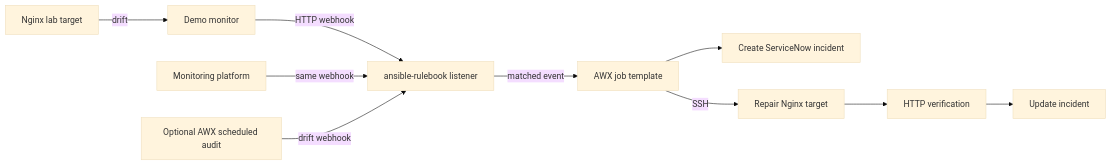
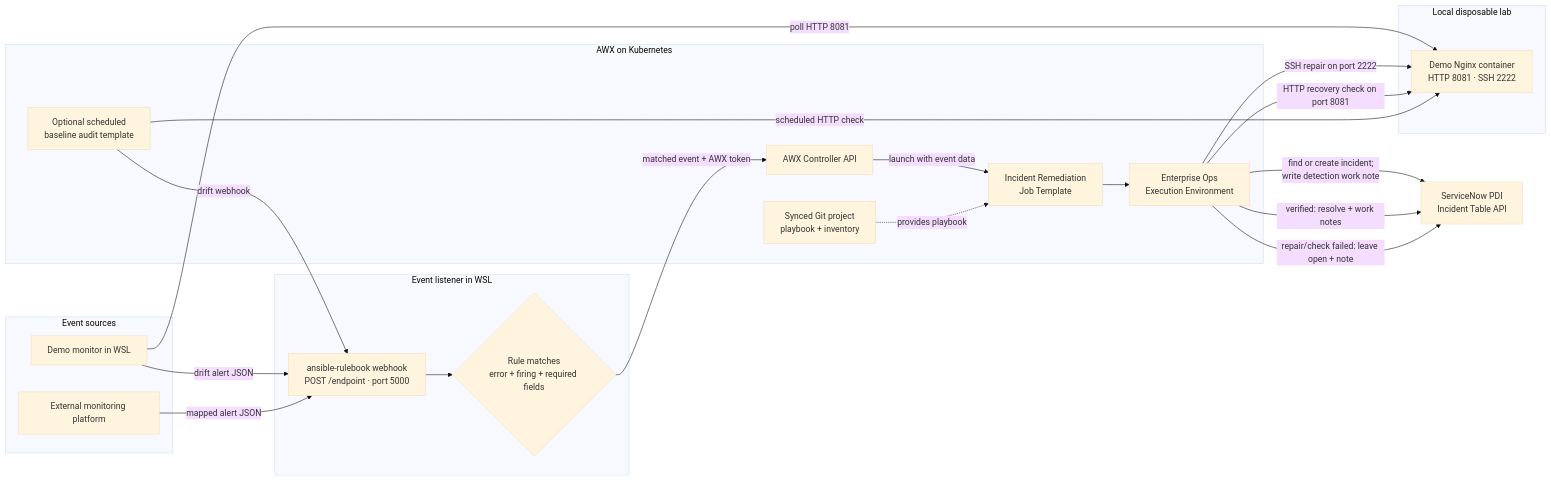
Before and after one commit to piyushv080/devops-platform-engineering-portfolio: the diagram in README.md, drawn with Mermaid (base theme). The commit also changed other lines of this file, not shown here.

Commit message:
Document event remediation architecture

````diff
--- a/README.md
+++ b/README.md
@@ -7,12 +7,43 @@
 ```mermaid
 flowchart LR
-    N[Nginx lab target] -->|drift| M[Demo monitor]
-    M -->|HTTP webhook| E[ansible-rulebook listener]
-    E -->|matched event| A[AWX job template]
-    A --> I[Create ServiceNow incident]
-    A -->|SSH| R[Repair Nginx target]
-    R --> V[HTTP verification]
-    V --> C[Update incident]
-    P[Monitoring platform] -->|same webhook| E
-    S[Optional AWX scheduled audit] -->|drift webhook| E
+    subgraph Sources[Event sources]
+        MON[Demo monitor in WSL]
+        EXT[External monitoring platform]
+    end
+
+    subgraph Lab[Local disposable lab]
+        TARGET[Demo Nginx container<br/>HTTP 8081 · SSH 2222]
+    end
+
+    subgraph EDA[Event listener in WSL]
+        WEBHOOK[ansible-rulebook webhook<br/>POST /endpoint · port 5000]
+        RULE{Rule matches<br/>error + firing + required fields}
+    end
+
+    subgraph AWX[AWX on Kubernetes]
+        API[AWX Controller API]
+        JT[Incident Remediation<br/>Job Template]
+        EE[Enterprise Ops<br/>Execution Environment]
+        PROJECT[Synced Git project<br/>playbook + inventory]
+        AUDIT[Optional scheduled<br/>baseline audit template]
+    end
+
+    SN[ServiceNow PDI<br/>Incident Table API]
+
+    MON -->|poll HTTP 8081| TARGET
+    MON -->|drift alert JSON| WEBHOOK
+    EXT -->|mapped alert JSON| WEBHOOK
+    WEBHOOK --> RULE
+    RULE -->|matched event + AWX token| API
+    API -->|launch with event data| JT
+    PROJECT -. provides playbook .-> JT
+    JT --> EE
+    EE -->|find or create incident;<br/>write detection work note| SN
+    EE -->|SSH repair on port 2222| TARGET
+    EE -->|HTTP recovery check on port 8081| TARGET
+    EE -->|verified: resolve + work notes| SN
+    EE -->|repair/check failed: leave open + note| SN
+
+    AUDIT -->|scheduled HTTP check| TARGET
+    AUDIT -->|drift webhook| WEBHOOK
 ```
````
